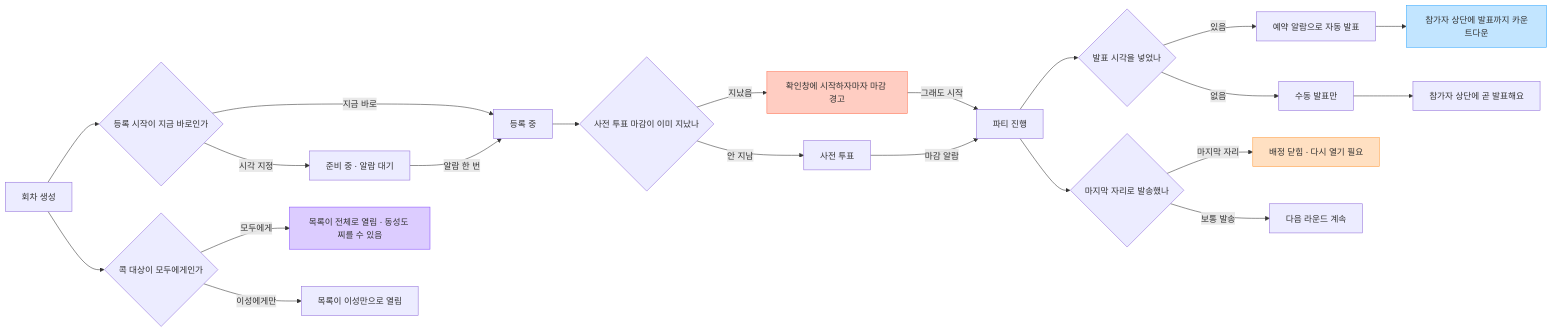
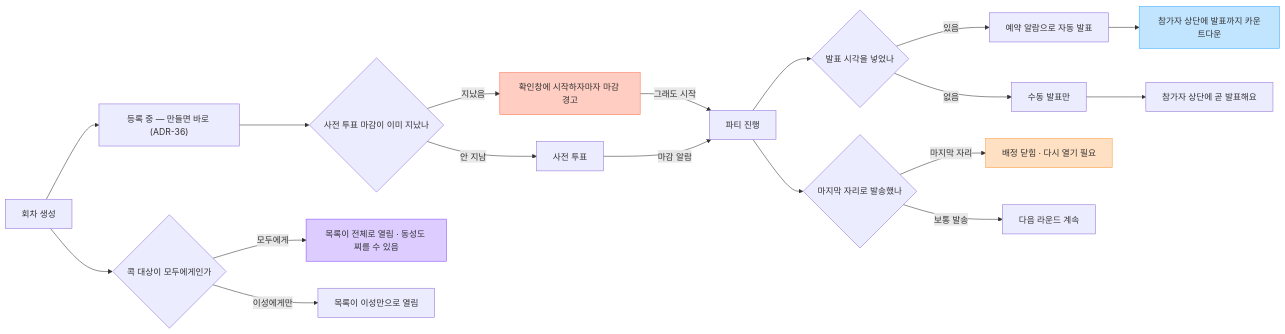
Before and after one commit to xcellentbird/tone-pick: the sixth of 6 diagrams in docs/USER-FLOWS.md, drawn with Mermaid. The commit also changed other lines of this file and 22 other files, not shown here.

````diff
--- a/docs/USER-FLOWS.md
+++ b/docs/USER-FLOWS.md
@@ -277,52 +276,47 @@
 ```mermaid
 flowchart LR
     create["회차 생성"]
-    qNow{"등록 시작이 지금 바로인가"}
-    sPrep["준비 중 · 알람 대기"]
-    sReg["등록 중"]
+    sReg["등록 중 — 만들면 바로 (ADR-36)"]
     qClosed{"사전 투표 마감이 이미 지났나"}
     warn["확인창에 시작하자마자 마감 경고"]
     sPre["사전 투표"]
     sParty["파티 진행"]
     qReveal{"발표 시각을 넣었나"}
     autoDone["예약 알람으로 자동 발표"]
     manualDone["수동 발표만"]
     gCount["참가자 상단에 발표까지 카운트다운"]
     gSoon["참가자 상단에 곧 발표해요"]
 
     qSame{"콕 대상이 모두에게인가"}
     gAll["목록이 전체로 열림 · 동성도 찌를 수 있음"]
     gOpp["목록이 이성만으로 열림"]
 
     qFinal{"마지막 자리로 발송했나"}
     closedSeat["배정 닫힘 · 다시 열기 필요"]
     openSeat["다음 라운드 계속"]
 
-    create --> qNow
-    qNow -->|"지금 바로"| sReg
-    qNow -->|"시각 지정"| sPrep
-    sPrep -->|"알람 한 번"| sReg
+    create --> sReg
     sReg --> qClosed
     qClosed -->|"지났음"| warn
     warn -->|"그래도 시작"| sParty
     qClosed -->|"안 지남"| sPre
     sPre -->|"마감 알람"| sParty
     sParty --> qReveal
     qReveal -->|"있음"| autoDone
     qReveal -->|"없음"| manualDone
     autoDone --> gCount
     manualDone --> gSoon
 
     create --> qSame
     qSame -->|"모두에게"| gAll
     qSame -->|"이성에게만"| gOpp
 
     sParty --> qFinal
     qFinal -->|"마지막 자리"| closedSeat
     qFinal -->|"보통 발송"| openSeat
 
     style warn fill:#FFCDC2,stroke:#FF7556
     style closedSeat fill:#FFE0C2,stroke:#FF9E42
     style gAll fill:#DCCCFF,stroke:#874FFF
     style gCount fill:#C2E5FF,stroke:#3DADFF
 ```
````
